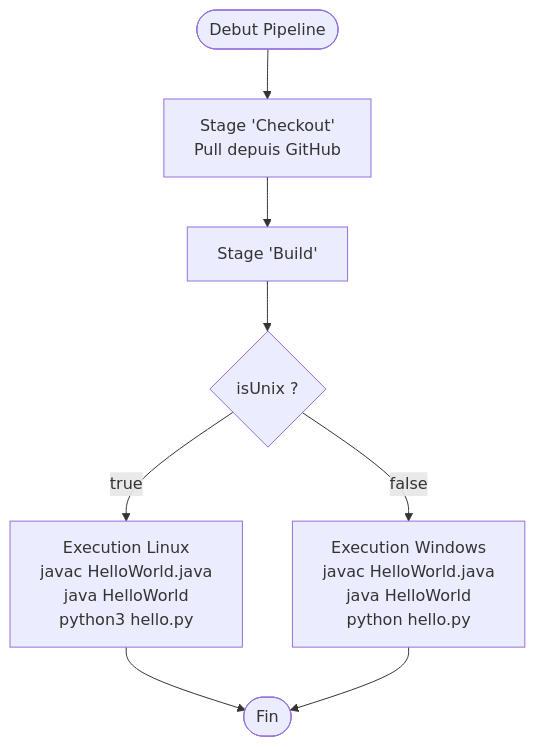
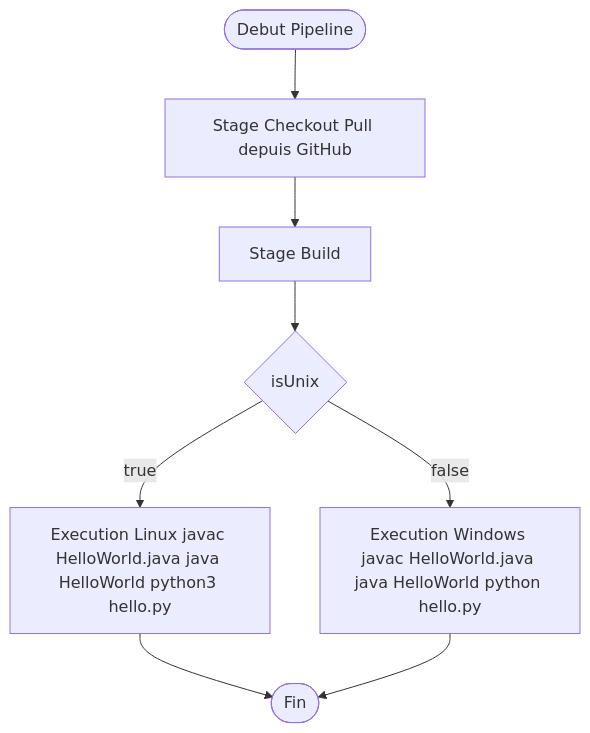
One commit to haythem-rehouma/deploiement-de-solutions-de-donnees changed the fourth of 4 diagrams in 02-jenkins-ci-cd-maven/03.md. Above: the diagram before and after it, drawn with Mermaid. The commit also changed other lines of this file, not shown here.

````diff
--- a/02-jenkins-ci-cd-maven/03.md
+++ b/02-jenkins-ci-cd-maven/03.md
@@ -162,12 +186,12 @@
 ```mermaid
 flowchart TD
-    Start([Debut Pipeline]) --> Checkout[Stage 'Checkout'\nPull depuis GitHub]
-    Checkout --> Build[Stage 'Build']
-    Build --> OS{isUnix ?}
+    Start([Debut Pipeline]) --> Checkout[Stage Checkout Pull depuis GitHub]
+    Checkout --> Build[Stage Build]
+    Build --> OS{isUnix}
 
-    OS -->|true| LinuxBloc[Execution Linux\njavac HelloWorld.java\njava HelloWorld\npython3 hello.py]
-    OS -->|false| WinBloc[Execution Windows\njavac HelloWorld.java\njava HelloWorld\npython hello.py]
+    OS -->|true| LinuxBloc[Execution Linux javac HelloWorld.java java HelloWorld python3 hello.py]
+    OS -->|false| WinBloc[Execution Windows javac HelloWorld.java java HelloWorld python hello.py]
 
     LinuxBloc --> End([Fin])
     WinBloc --> End([Fin])
 ```
````
